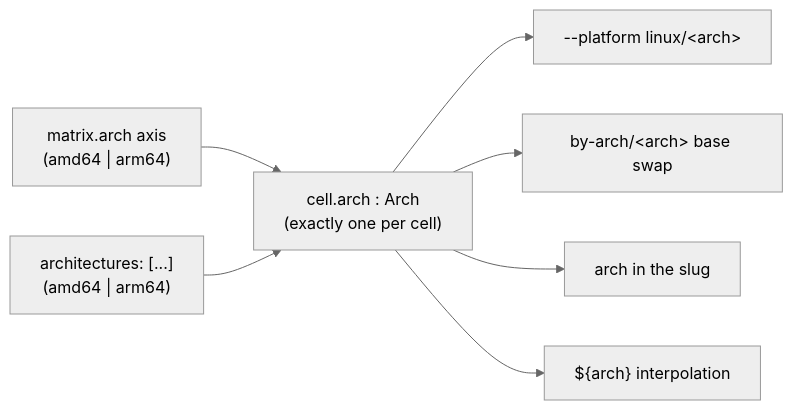
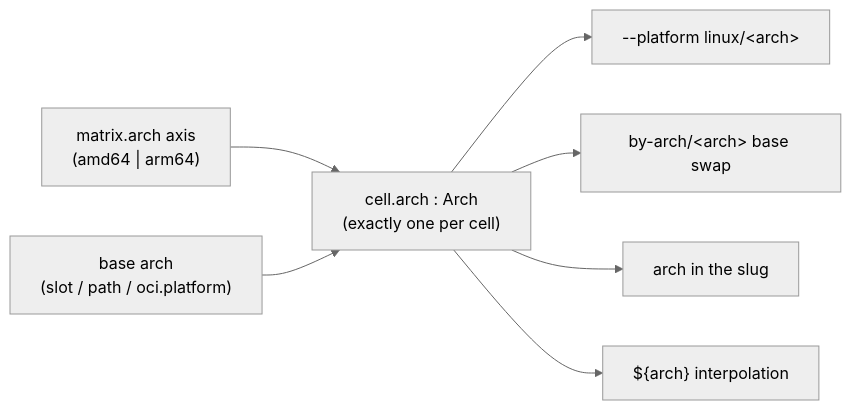
One commit to frhuelsz/tailor changed the diagram in meta/docs/arch-and-platform.md. Above: the diagram before and after it, drawn with Mermaid (neutral theme). The commit also changed other lines of this file and 19 other files, not shown here.

````diff
--- a/meta/docs/arch-and-platform.md
+++ b/meta/docs/arch-and-platform.md
@@ -35,10 +30,10 @@
 ```mermaid
 flowchart LR
   A1["matrix.arch axis<br/>(amd64 | arm64)"] --> CA
-  A2["architectures: [...]<br/>(amd64 | arm64)"] --> CA
+  A2["base arch<br/>(slot / path / oci.platform)"] --> CA
   CA["cell.arch : Arch<br/>(exactly one per cell)"]
   CA --> P["--platform linux/&lt;arch&gt;"]
   CA --> BB["by-arch/&lt;arch&gt; base swap"]
   CA --> S["arch in the slug"]
   CA --> I["${arch} interpolation"]
 ```
````
